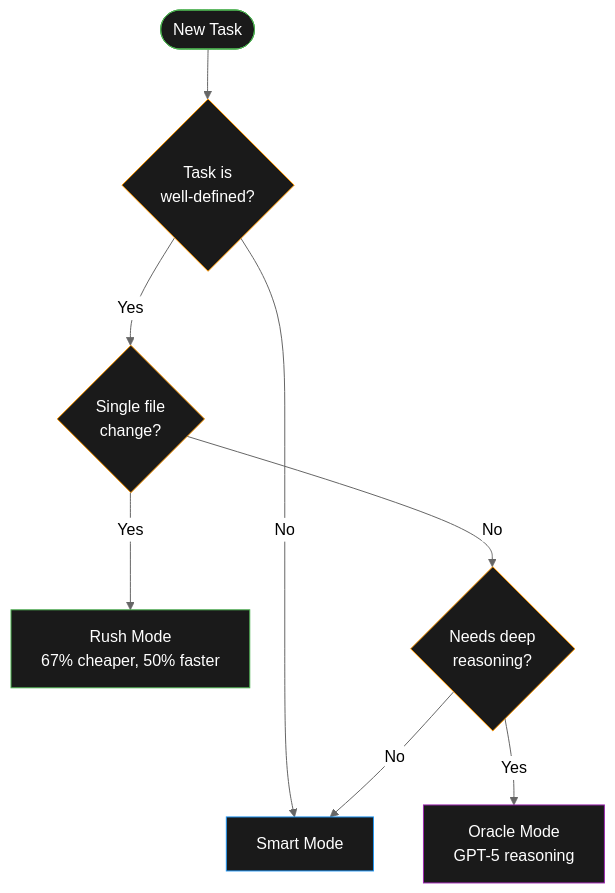
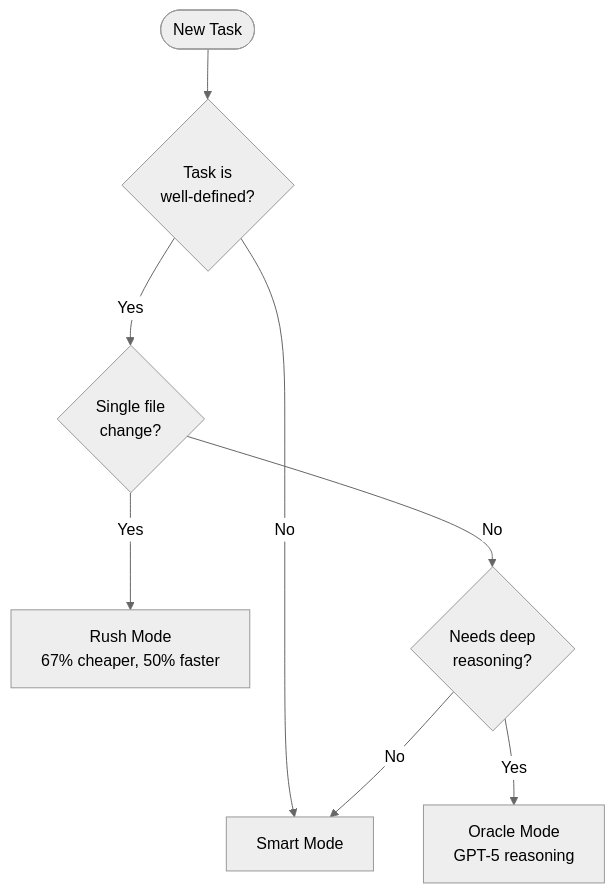
One commit to colmarius/colmarius.github.io changed the diagram in src/content/posts/amp-power-patterns.md. Above: the diagram before and after it, drawn with Mermaid (neutral theme). The commit also changed 8 other files, not shown here.

Commit message:
Style mermaid diagrams

````diff
--- a/src/content/posts/amp-power-patterns.md
+++ b/src/content/posts/amp-power-patterns.md
@@ -31,18 +31,10 @@
 ```mermaid
 flowchart TD
     Start([New Task]) --> Q1{Task is<br/>well-defined?}
     Q1 -->|Yes| Q2{Single file<br/>change?}
     Q1 -->|No| Smart[Smart Mode]
     Q2 -->|Yes| Rush[Rush Mode<br/>67% cheaper, 50% faster]
     Q2 -->|No| Q3{Needs deep<br/>reasoning?}
     Q3 -->|No| Smart
     Q3 -->|Yes| Oracle[Oracle Mode<br/>GPT-5 reasoning]
-
-    style Start fill:#1a1a1a,stroke:#4CAF50,color:#fff
-    style Rush fill:#1a1a1a,stroke:#4CAF50,color:#fff
-    style Smart fill:#1a1a1a,stroke:#2196F3,color:#fff
-    style Oracle fill:#1a1a1a,stroke:#9C27B0,color:#fff
-    style Q1 fill:#1a1a1a,stroke:#FF9800,color:#fff
-    style Q2 fill:#1a1a1a,stroke:#FF9800,color:#fff
-    style Q3 fill:#1a1a1a,stroke:#FF9800,color:#fff
 ```
````
